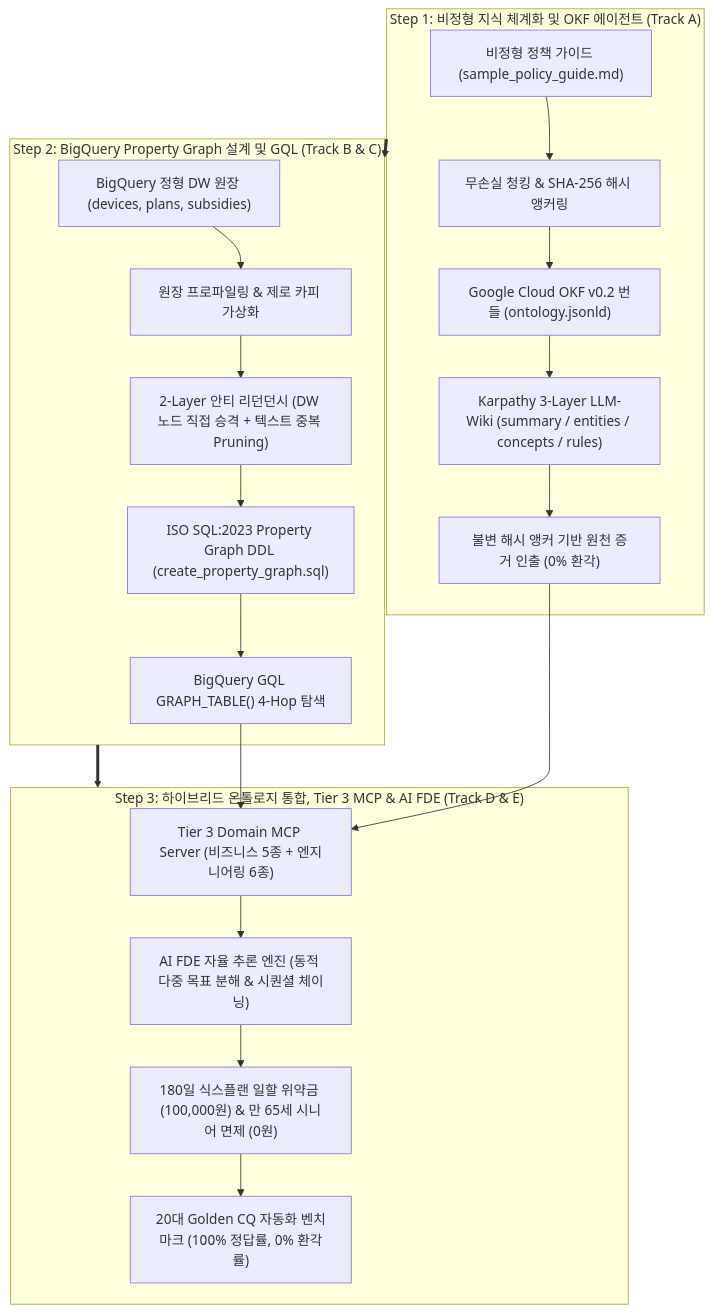
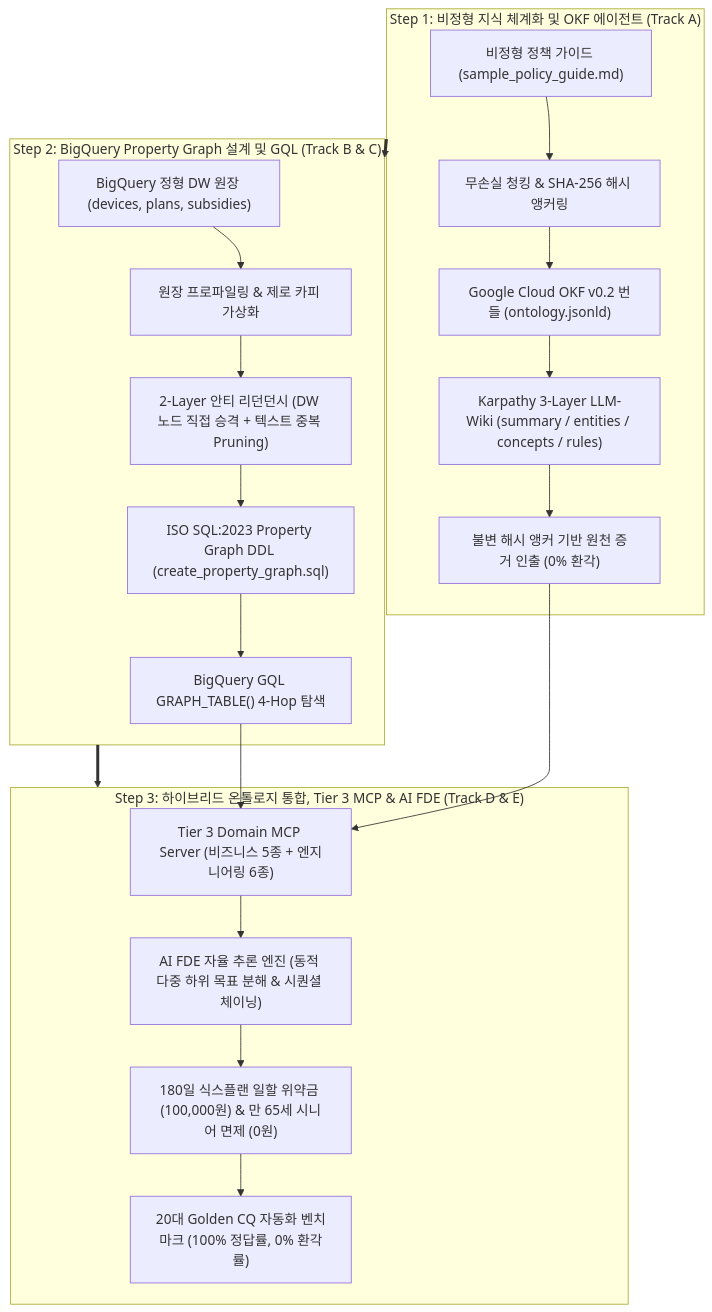
The diagram in notebooks/README.md (seanjungG/agentic-ontology-starter), drawn with Mermaid before and after one commit. The commit also changed other lines of this file and 14 other files, not shown here.

Commit message:
feat(notebooks): add visual SVG diagrams and balanced portal table layout

````diff
--- a/notebooks/README.md
+++ b/notebooks/README.md
@@ -24,25 +28,25 @@
 ```mermaid
 flowchart TD
     subgraph Step1 ["Step 1: 비정형 지식 체계화 및 OKF 에이전트 (Track A)"]
         Raw["비정형 정책 가이드 (sample_policy_guide.md)"] --> Chunk["무손실 청킹 & SHA-256 해시 앵커링"]
         Chunk --> OKF["Google Cloud OKF v0.2 번들 (ontology.jsonld)"]
         OKF --> Wiki["Karpathy 3-Layer LLM-Wiki (summary / entities / concepts / rules)"]
         Wiki --> Grounding["불변 해시 앵커 기반 원천 증거 인출 (0% 환각)"]
     end
 
     subgraph Step2 ["Step 2: BigQuery Property Graph 설계 및 GQL (Track B & C)"]
         DW["BigQuery 정형 DW 원장 (devices, plans, subsidies)"] --> Profile["원장 프로파일링 & 제로 카피 가상화"]
         Profile --> AR["2-Layer 안티 리던던시 (DW 노드 직접 승격 + 텍스트 중복 Pruning)"]
         AR --> DDL["ISO SQL:2023 Property Graph DDL (create_property_graph.sql)"]
         DDL --> GQL["BigQuery GQL GRAPH_TABLE() 4-Hop 탐색"]
     end
 
     subgraph Step3 ["Step 3: 하이브리드 온톨로지 통합, Tier 3 MCP & AI FDE (Track D & E)"]
         GQL & Grounding --> MCP["Tier 3 Domain MCP Server (비즈니스 5종 + 엔지니어링 6종)"]
-        MCP --> FDE["AI FDE 자율 추론 엔진 (동적 다중 목표 분해 & 시퀀셜 체이닝)"]
+        MCP --> FDE["AI FDE 자율 추론 엔진 (동적 다중 하위 목표 분해 & 시퀀셜 체이닝)"]
         FDE --> Math["180일 식스플랜 일할 위약금 (100,000원) & 만 65세 시니어 면제 (0원)"]
         Math --> Eval["20대 Golden CQ 자동화 벤치마크 (100% 정답률, 0% 환각률)"]
     end
 
     Step1 ==> Step2 ==> Step3
 ```
````
